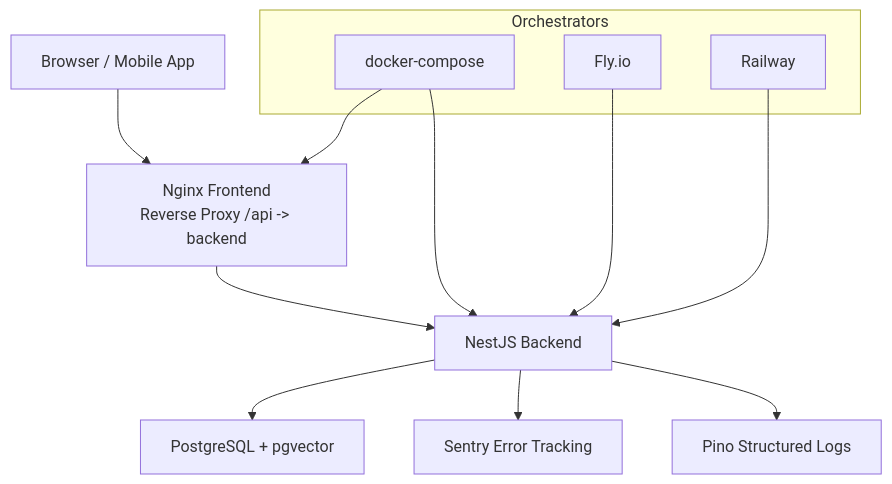
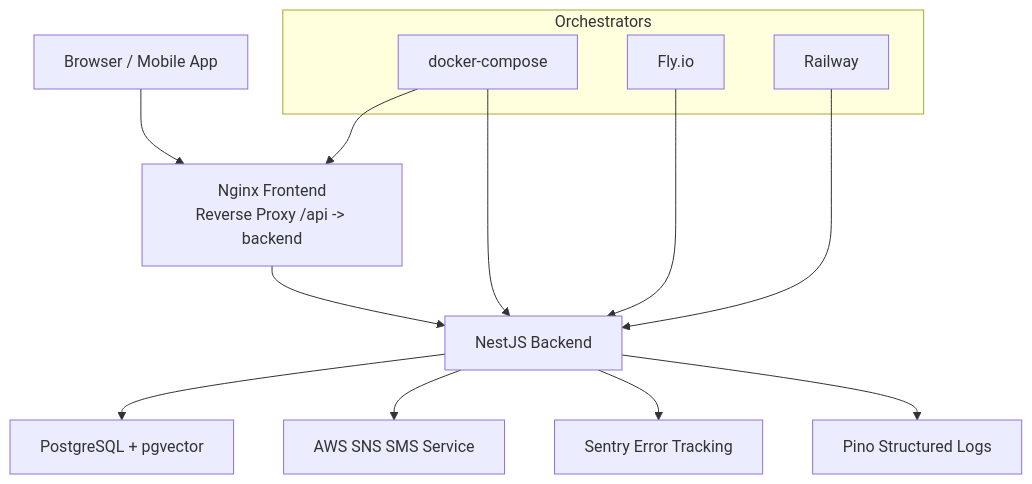
One commit to statgod6/4ever changed the second of 12 diagrams in .qoder/repowiki/en/content/System Architecture/Deployment & Infrastructure.md. Above: the diagram before and after it, drawn with Mermaid. The commit also changed other lines of this file and 116 other files, not shown here.

````diff
--- a/.qoder/repowiki/en/content/System Architecture/Deployment & Infrastructure.md
+++ b/.qoder/repowiki/en/content/System Architecture/Deployment & Infrastructure.md
@@ -133,17 +156,18 @@
 ```mermaid
 graph TB
 Client["Browser / Mobile App"] --> FE["Nginx Frontend<br/>Reverse Proxy /api -> backend"]
 FE --> BE["NestJS Backend"]
 BE --> DB["PostgreSQL + pgvector"]
+BE --> SNS["AWS SNS SMS Service"]
 BE --> Sentry["Sentry Error Tracking"]
 BE --> Pino["Pino Structured Logs"]
 subgraph "Orchestrators"
 DC["docker-compose"]
 Fly["Fly.io"]
 Rail["Railway"]
 end
 DC --> FE
 DC --> BE
 Fly --> BE
 Rail --> BE
 ```
````
